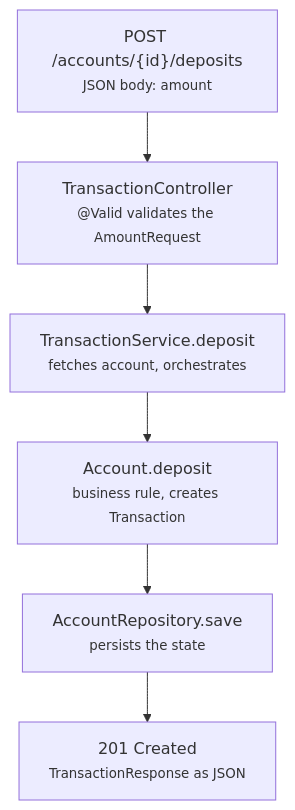
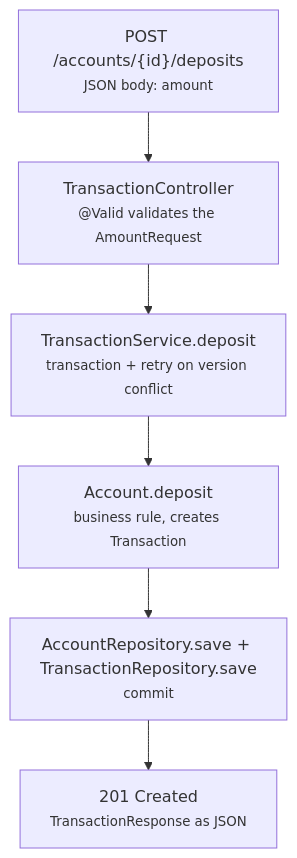
One commit to mariaclara31/payment-authorization-engine changed the second of 2 diagrams in README.md. Above: the diagram before and after it, drawn with Mermaid. The commit also changed other lines of this file, not shown here.

````diff
--- a/README.md
+++ b/README.md
@@ -92,11 +120,11 @@
 ```mermaid
 flowchart TD
     req["POST /accounts/{id}/deposits<br/><small>JSON body: amount</small>"]
     ctrl["TransactionController<br/><small>@Valid validates the AmountRequest</small>"]
-    svc["TransactionService.deposit<br/><small>fetches account, orchestrates</small>"]
+    svc["TransactionService.deposit<br/><small>transaction + retry on version conflict</small>"]
     dom["Account.deposit<br/><small>business rule, creates Transaction</small>"]
-    repo["AccountRepository.save<br/><small>persists the state</small>"]
+    repo["AccountRepository.save + TransactionRepository.save<br/><small>commit</small>"]
     resp["201 Created<br/><small>TransactionResponse as JSON</small>"]
 
     req --> ctrl --> svc --> dom --> repo --> resp
 ```
````
